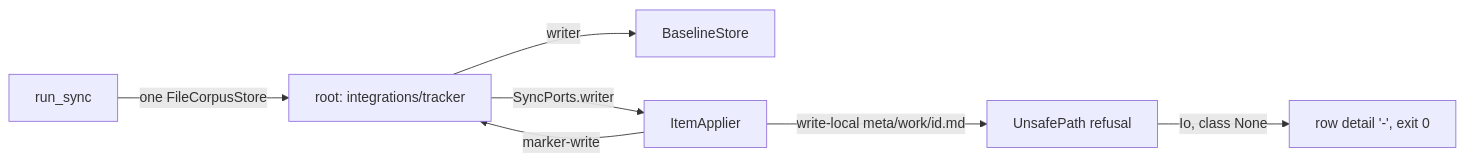
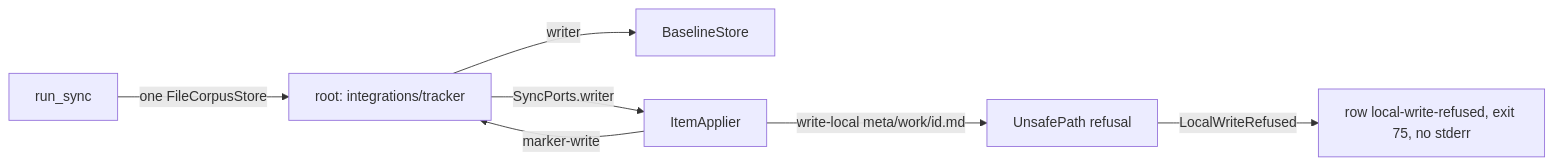
One commit to atomicinnovation/accelerator changed the diagram in meta/plans/2026-10-11-0300-sync-pulls-of-tracked-work-items-fail-silently.md. Above: the diagram before and after it, drawn with Mermaid. The commit also changed other lines of this file and 2 other files, not shown here.

````diff
--- a/meta/plans/2026-10-11-0300-sync-pulls-of-tracked-work-items-fail-silently.md
+++ b/meta/plans/2026-10-11-0300-sync-pulls-of-tracked-work-items-fail-silently.md
@@ -41,9 +49,9 @@
 ```mermaid
 flowchart LR
   RS[run_sync] -->|one FileCorpusStore| CS[root: integrations/tracker]
   CS -->|writer| BS[BaselineStore]
   CS -->|SyncPorts.writer| IA[ItemApplier]
   IA -->|write-local meta/work/id.md| X[UnsafePath refusal]
   IA -->|marker-write| CS
-  X -->|Io, class None| R[row detail '-', exit 0]
+  X -->|LocalWriteRefused| R[row local-write-refused, exit 75, no stderr]
 ```
````
